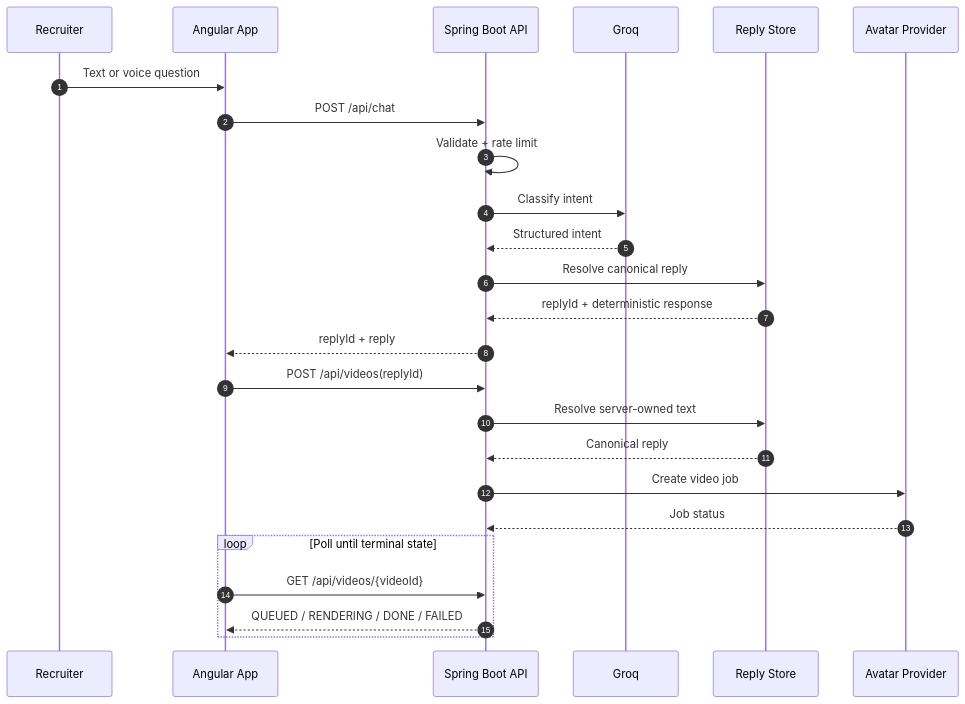
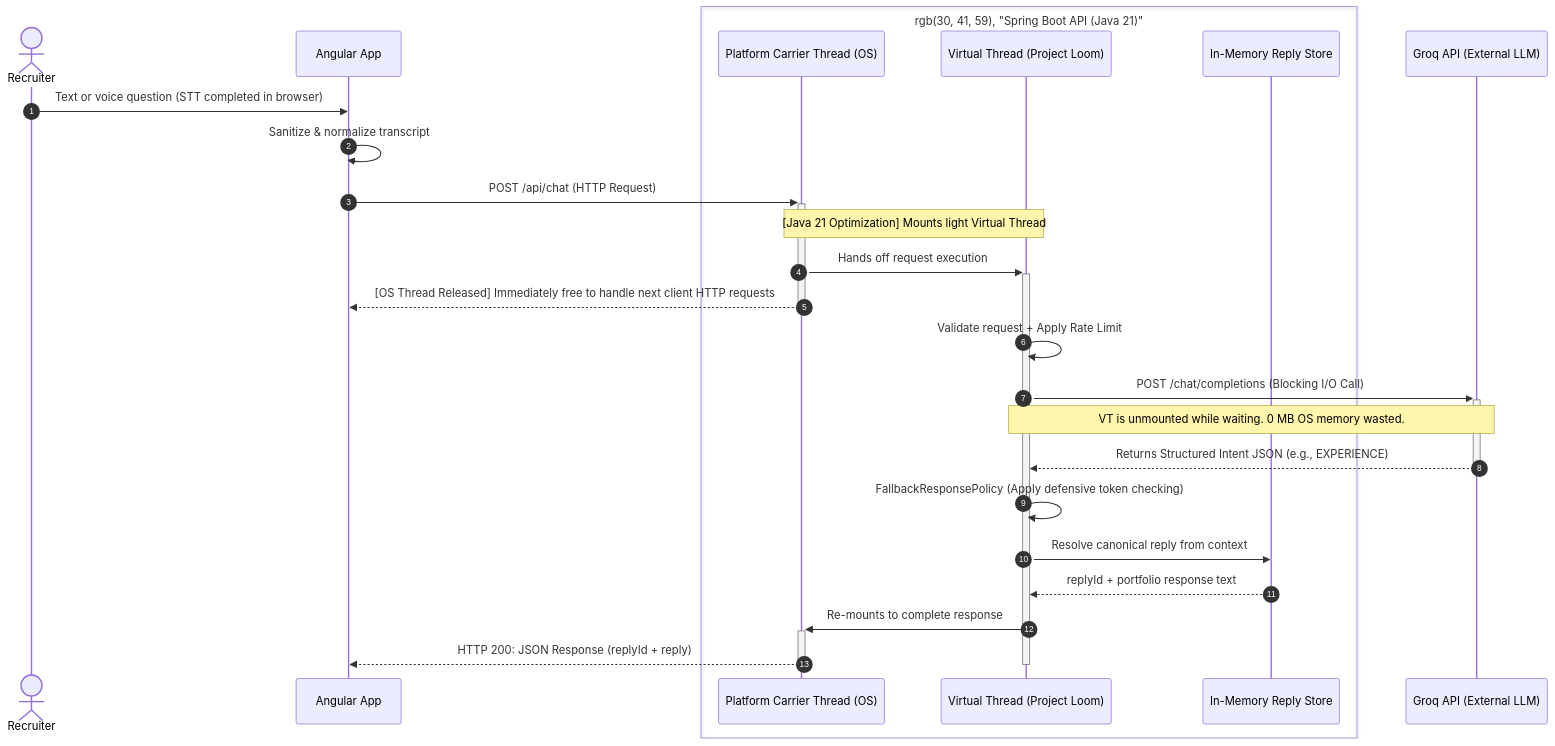
The second of 2 diagrams in README.md (OrenVilderman/avatar-relay-showcase), drawn with Mermaid before and after one commit. The commit also changed other lines of this file, not shown here.

Commit message:
docs: sync showcase README with Java 21 concurrency architecture

````diff
--- a/README.md
+++ b/README.md
@@ -82,30 +82,34 @@
 ```mermaid
 sequenceDiagram
     autonumber
-    participant R as Recruiter
-    participant A as Angular App
-    participant B as Spring Boot API
-    participant G as Groq
-    participant S as Reply Store
-    participant P as Avatar Provider
+    actor Recruiter
+    participant App as Angular App
+    box rgb(30, 41, 59), "Spring Boot API (Java 21)"
+        participant PT as Platform Carrier Thread (OS)
+        participant VT as Virtual Thread (Project Loom)
+        participant Store as In-Memory Reply Store
+    end
+    participant Groq as Groq API (External LLM)
 
-    R->>A: Text or voice question
-    A->>B: POST /api/chat
-    B->>B: Validate + rate limit
-    B->>G: Classify intent
-    G-->>B: Structured intent
-    B->>S: Resolve canonical reply
-    S-->>B: replyId + deterministic response
-    B-->>A: replyId + reply
-
-    A->>B: POST /api/videos(replyId)
-    B->>S: Resolve server-owned text
-    S-->>B: Canonical reply
-    B->>P: Create video job
-    P-->>B: Job status
-
-    loop Poll until terminal state
-        A->>B: GET /api/videos/{videoId}
-        B-->>A: QUEUED / RENDERING / DONE / FAILED
-    end
+    Recruiter->>App: Text or voice question (STT completed in browser)
+    App->>App: Sanitize & normalize transcript
+    App->>+PT: POST /api/chat (HTTP Request)
+    
+    Note over PT, VT: [Java 21 Optimization] Mounts light Virtual Thread
+    PT->>+VT: Hands off request execution
+    PT-->>-App: [OS Thread Released] Immediately free to handle next client HTTP requests
+    
+    VT->>VT: Validate request + Apply Rate Limit
+    VT->>+Groq: POST /chat/completions (Blocking I/O Call)
+    
+    Note over VT, Groq: VT is unmounted while waiting. 0 MB OS memory wasted.
+    Groq-->>-VT: Returns Structured Intent JSON (e.g., EXPERIENCE)
+    
+    VT->>VT: FallbackResponsePolicy (Apply defensive token checking)
+    VT->>Store: Resolve canonical reply from context
+    Store-->>VT: replyId + portfolio response text
+    
+    VT->>+PT: Re-mounts to complete response
+    PT-->>-App: HTTP 200: JSON Response (replyId + reply)
+    deactivate VT
 ```
````
